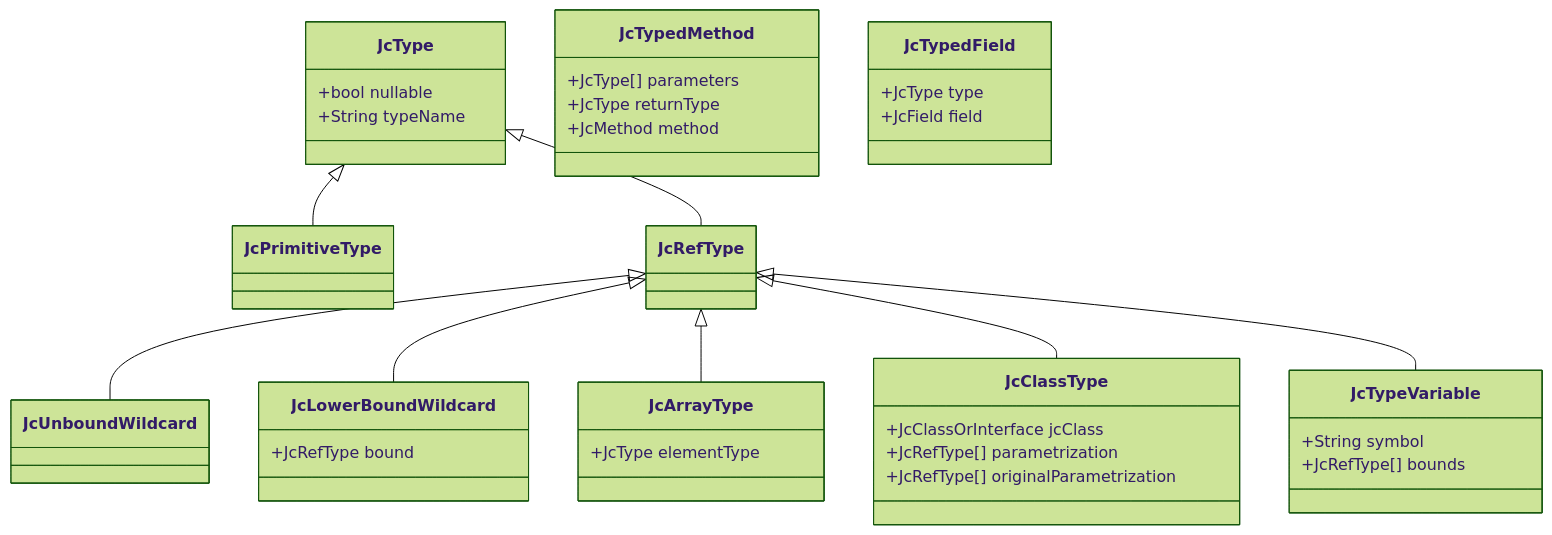
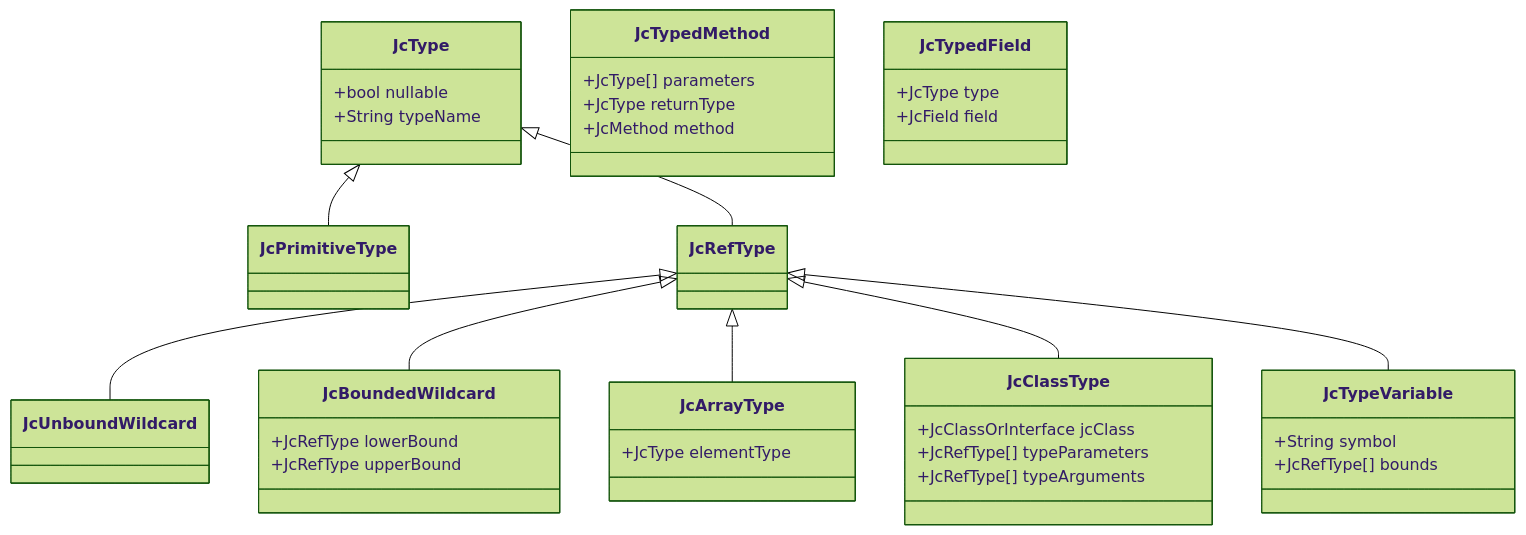
One commit to UnitTestBot/jacodb changed the second of 4 diagrams in design.md. Above: the diagram before and after it, drawn with Mermaid (forest theme). The commit also changed other lines of this file and 40 other files, not shown here.

````diff
--- a/design.md
+++ b/design.md
@@ -75,43 +75,44 @@
 ```mermaid
 classDiagram
     JcType <|-- JcPrimitiveType
     JcType <|-- JcRefType
     JcRefType <|-- JcUnboundWildcard
-    JcRefType <|-- JcLowerBoundWildcard
+    JcRefType <|-- JcBoundedWildcard
     JcRefType <|-- JcArrayType
     JcRefType <|-- JcClassType
     JcRefType <|-- JcTypeVariable
     class JcType {
       +bool nullable
       +String typeName
     }
 
     class JcRefType {
     }
     class JcArrayType {
        +JcType elementType
     }
 
     class JcTypedMethod {
       +JcType[] parameters
       +JcType returnType
       +JcMethod method
     }
 
     class JcTypedField {
       +JcType type
       +JcField field
     }
     class JcClassType {
       +JcClassOrInterface jcClass
-      +JcRefType[] parametrization
-      +JcRefType[] originalParametrization
+      +JcRefType[] typeParameters
+      +JcRefType[] typeArguments
     }
     class JcTypeVariable {
       +String symbol
       +JcRefType[] bounds
     }
-    class JcLowerBoundWildcard {
-      +JcRefType bound
+    class JcBoundedWildcard {
+      +JcRefType lowerBound
+      +JcRefType upperBound
     }
 ``` 
````
